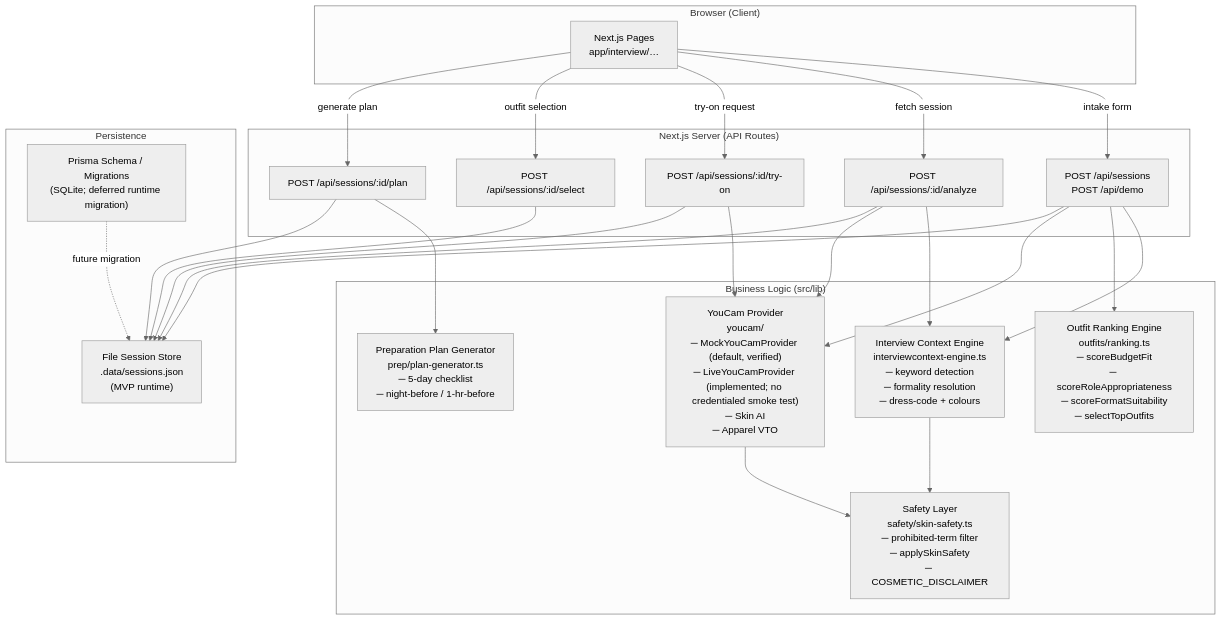
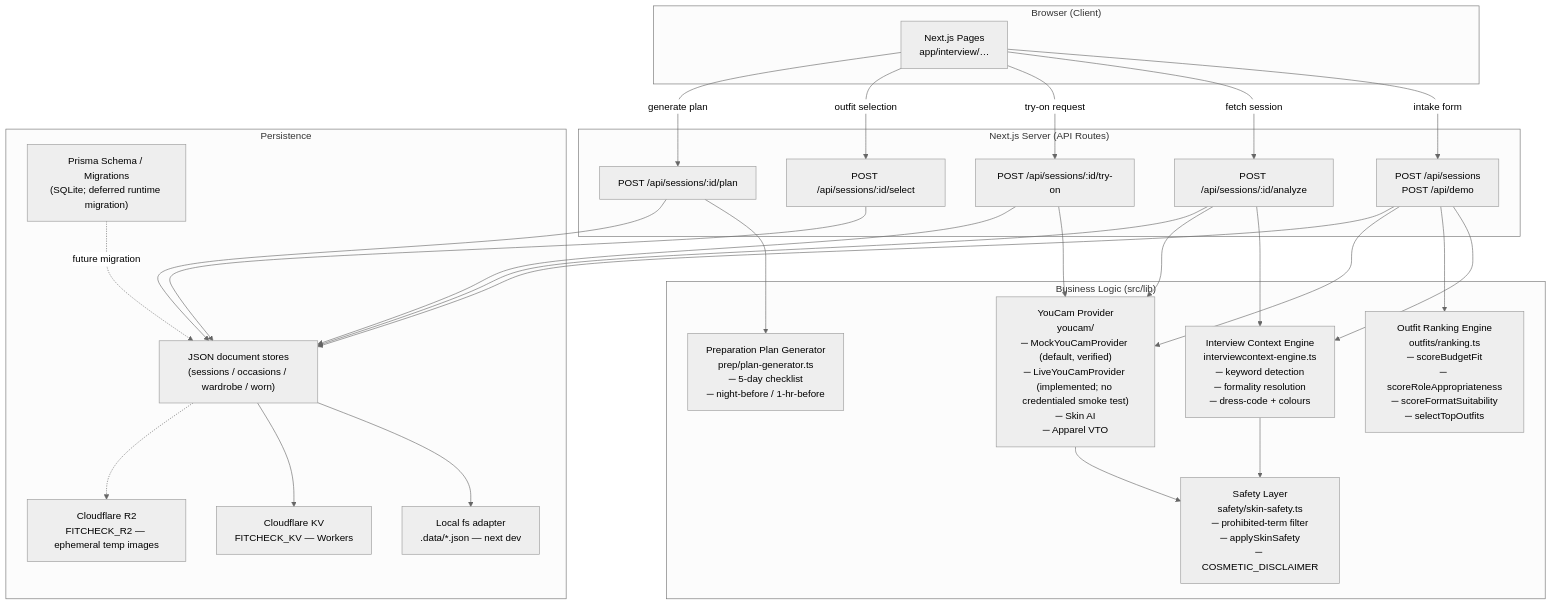
Before and after one commit to thelonewander3r/FitCheckAI: the diagram in docs/architecture.md, drawn with Mermaid (neutral theme). The commit also changed other lines of this file and 36 other files, not shown here.

First line of the commit message:
feat: deploy FitCheck to Cloudflare Workers via vinext

````diff
--- a/docs/architecture.md
+++ b/docs/architecture.md
@@ -35,52 +35,59 @@
 ```mermaid
 graph TD
     subgraph Browser["Browser (Client)"]
         UI[Next.js Pages\napp/interview/…]
     end
 
     subgraph Server["Next.js Server (API Routes)"]
         SessionsAPI["POST /api/sessions\nPOST /api/demo"]
         AnalyzeAPI["POST /api/sessions/:id/analyze"]
         TryOnAPI["POST /api/sessions/:id/try-on"]
         SelectAPI["POST /api/sessions/:id/select"]
         PlanAPI["POST /api/sessions/:id/plan"]
     end
 
     subgraph Lib["Business Logic (src/lib)"]
         ContextEngine["Interview Context Engine\ninterviewcontext-engine.ts\n─ keyword detection\n─ formality resolution\n─ dress-code + colours"]
         OutfitRanking["Outfit Ranking Engine\noutfits/ranking.ts\n─ scoreBudgetFit\n─ scoreRoleAppropriateness\n─ scoreFormatSuitability\n─ selectTopOutfits"]
         SafetyLayer["Safety Layer\nsafety/skin-safety.ts\n─ prohibited-term filter\n─ applySkinSafety\n─ COSMETIC_DISCLAIMER"]
         YouCamProvider["YouCam Provider\nyoucam/\n─ MockYouCamProvider (default, verified)\n─ LiveYouCamProvider (implemented; no credentialed smoke test)\n─ Skin AI\n─ Apparel VTO"]
         PlanGen["Preparation Plan Generator\nprep/plan-generator.ts\n─ 5-day checklist\n─ night-before / 1-hr-before"]
     end
 
     subgraph Persistence["Persistence"]
-        FileStore["File Session Store\n.data/sessions.json\n(MVP runtime)"]
+        JsonStore["JSON document stores\n(sessions / occasions / wardrobe / worn)"]
+        FileAdapter["Local fs adapter\n.data/*.json — next dev"]
+        KvAdapter["Cloudflare KV\nFITCHECK_KV — Workers"]
+        R2Temp["Cloudflare R2\nFITCHECK_R2 — ephemeral temp images"]
         PrismaSchema["Prisma Schema / Migrations\n(SQLite; deferred runtime migration)"]
     end
 
     UI -->|"intake form"| SessionsAPI
     UI -->|"fetch session"| AnalyzeAPI
     UI -->|"try-on request"| TryOnAPI
     UI -->|"outfit selection"| SelectAPI
     UI -->|"generate plan"| PlanAPI
 
     SessionsAPI --> ContextEngine
     SessionsAPI --> OutfitRanking
     SessionsAPI --> YouCamProvider
     AnalyzeAPI --> ContextEngine
     AnalyzeAPI --> YouCamProvider
     TryOnAPI --> YouCamProvider
     PlanAPI --> PlanGen
 
     ContextEngine --> SafetyLayer
     YouCamProvider --> SafetyLayer
 
-    SessionsAPI --> FileStore
-    AnalyzeAPI --> FileStore
-    TryOnAPI --> FileStore
-    SelectAPI --> FileStore
-    PlanAPI --> FileStore
+    SessionsAPI --> JsonStore
+    AnalyzeAPI --> JsonStore
+    TryOnAPI --> JsonStore
+    SelectAPI --> JsonStore
+    PlanAPI --> JsonStore
 
-    PrismaSchema -.->|"future migration"| FileStore
+    JsonStore --> FileAdapter
+    JsonStore --> KvAdapter
+    JsonStore -.-> R2Temp
+
+    PrismaSchema -.->|"future migration"| JsonStore
 ```
````
